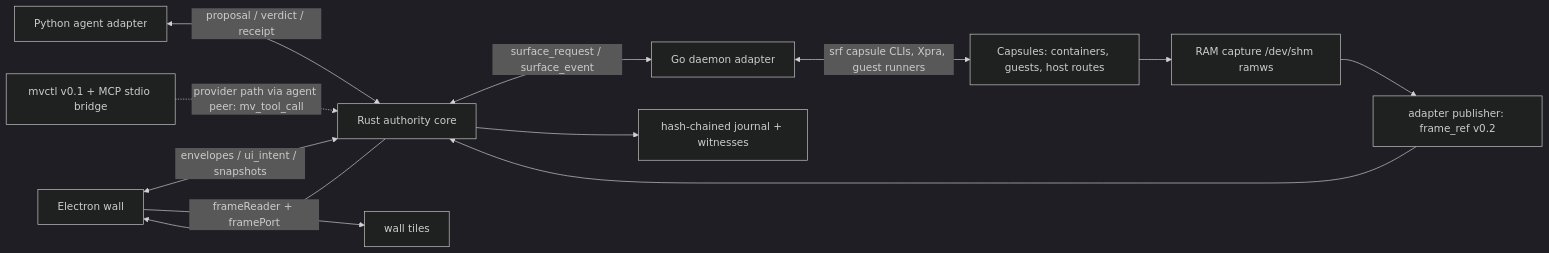
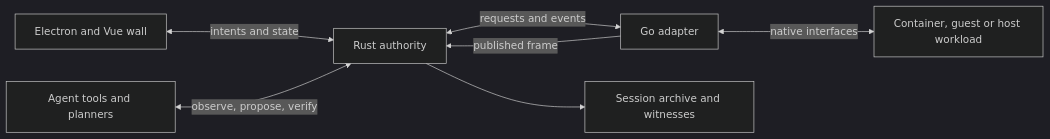
The first of 2 diagrams in docs/ARCHITECTURE.md (oguirado/MetaViewer), drawn with Mermaid (dark theme) before and after one commit. The commit also changed other lines of this file and 51 other files, not shown here.

````diff
--- a/docs/ARCHITECTURE.md
+++ b/docs/ARCHITECTURE.md
@@ -19,14 +15,9 @@
 ```mermaid
 flowchart LR
-    UI[Electron wall] <-->|envelopes / ui_intent / snapshots| CORE[Rust authority core]
-    CORE <-->|surface_request / surface_event| ADAPTER[Go daemon adapter]
-    ADAPTER <-->|srf capsule CLIs, Xpra, guest runners| CAPS[Capsules: containers, guests, host routes]
-    CAPS --> RAM[RAM capture /dev/shm ramws]
-    RAM --> PUB[adapter publisher: frame_ref v0.2]
-    PUB --> CORE
-    CORE --> UI
-    UI -->|frameReader + framePort| TILE[wall tiles]
-    AGENT[Python agent adapter] <-->|proposal / verdict / receipt| CORE
-    MVCTL[mvctl v0.1 + MCP stdio bridge] -.->|provider path via agent peer: mv_tool_call| CORE
-    CORE --> LOG[hash-chained journal + witnesses]
+    UI[Electron and Vue wall] <-->|intents and state| CORE[Rust authority]
+    AGENT[Agent tools and planners] <-->|observe, propose, verify| CORE
+    CORE <-->|requests and events| ADAPTER[Go adapter]
+    ADAPTER <-->|native interfaces| WORK[Container, guest or host workload]
+    ADAPTER -->|published frame| CORE
+    CORE --> JOURNAL[Session archive and witnesses]
 ```
````
